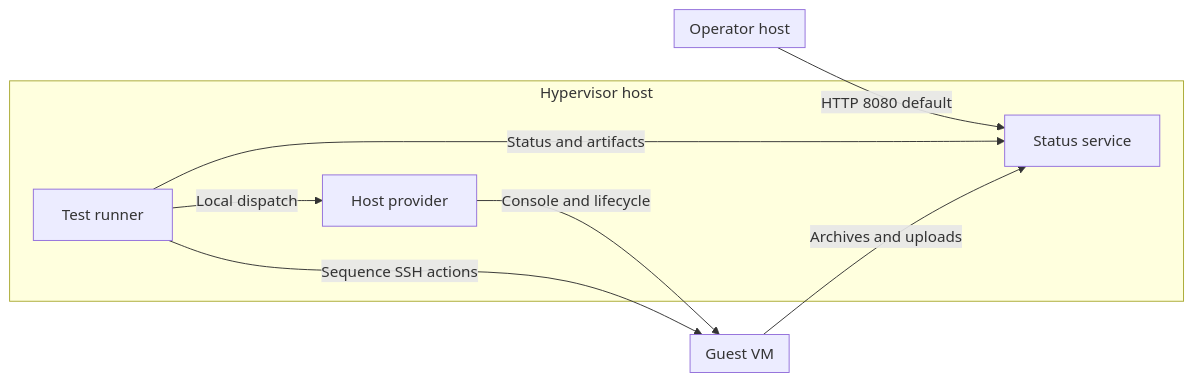
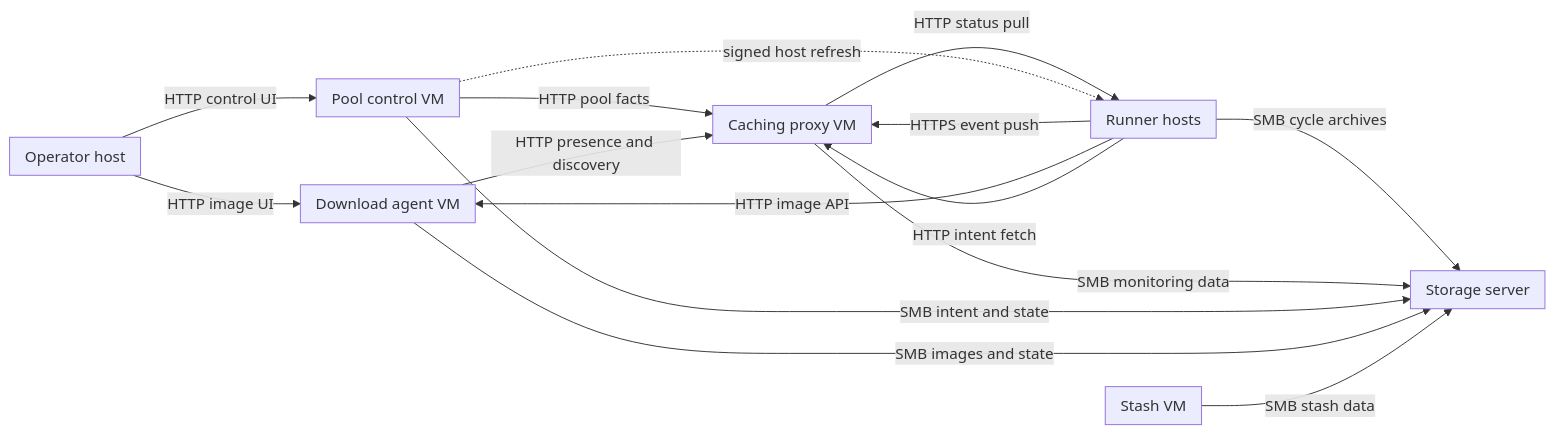
The second of 5 diagrams in docs/design/06-deployment.md (alissonsol/yuruna), drawn with Mermaid before and after one commit. The commit also changed other lines of this file and 1383 other files, not shown here.

````diff
--- a/docs/design/06-deployment.md
+++ b/docs/design/06-deployment.md
@@ -47,18 +65,32 @@
 ```mermaid
 flowchart LR
-    subgraph operator-host["Operator host"]
+    subgraph test-status["Operator host"]
     end
-    subgraph runner-host["Hypervisor host"]
-        start-test-runner["Test runner"]
-        yuruna-host["Host provider"]
-        start-status-service["Status service"]
+    subgraph host["Runner hosts"]
     end
-    subgraph guest["Guest VM"]
+    subgraph caching-proxy-service["Caching proxy VM"]
     end
-    operator-host -->|HTTP 8080 default| start-status-service
-    start-test-runner -->|Local dispatch| yuruna-host
-    start-test-runner -->|Status and artifacts| start-status-service
-    yuruna-host -->|Console and lifecycle| guest
-    start-test-runner -->|Sequence SSH actions| guest
-    guest -->|Archives and uploads| start-status-service
+    subgraph pool-control-service["Pool control VM"]
+    end
+    subgraph download-agent-service["Download agent VM"]
+    end
+    subgraph stash-service["Stash VM"]
+    end
+    subgraph network-storage["Storage server"]
+    end
+    test-status -->|HTTP control UI| pool-control-service
+    test-status -->|HTTP image UI| download-agent-service
+    host -->|HTTPS event push| caching-proxy-service
+    caching-proxy-service -->|HTTP status pull| host
+    host -->|HTTP image API| download-agent-service
+    host -->|SMB cycle archives| network-storage
+    caching-proxy-service -->|SMB monitoring data| network-storage
+    pool-control-service -->|SMB intent and state| network-storage
+    download-agent-service -->|SMB images and state| network-storage
+    stash-service -->|SMB stash data| network-storage
+    pool-control-service -->|HTTP pool facts| caching-proxy-service
+    download-agent-service -->|HTTP presence and discovery| caching-proxy-service
+    host -->|HTTP intent fetch| caching-proxy-service
+    %% optional: remote refresh requires configured authority and credentials.
+    pool-control-service -.->|signed host refresh| host
 ```
````
